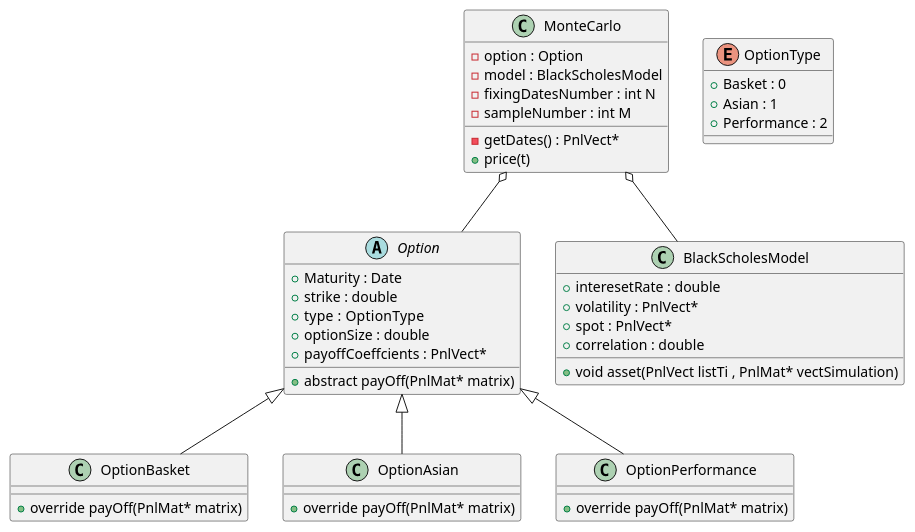
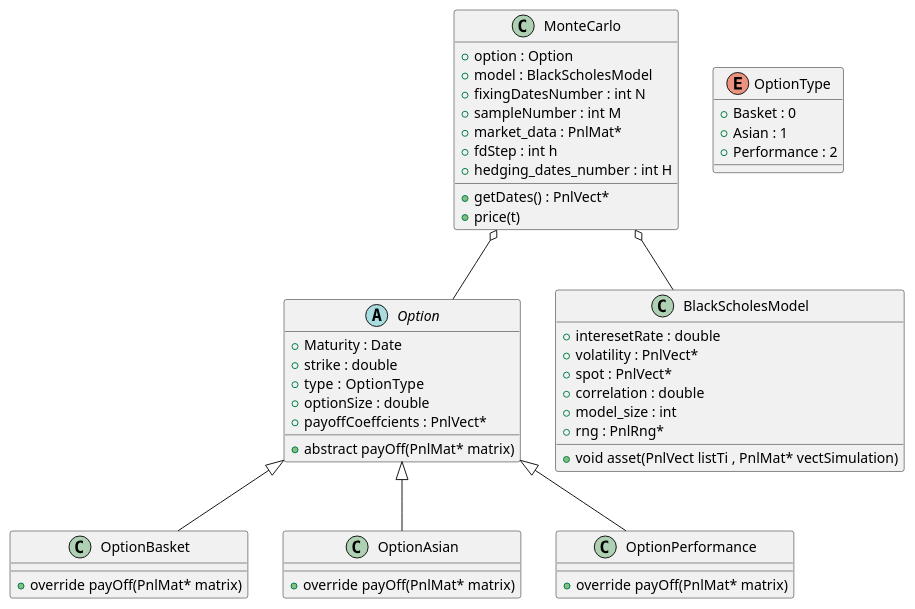
Before and after one commit to Oumaimamam/Valuation-and-Derivatives-Hedging: the diagram in ressources/conception/conception.puml, drawn with PlantUML. The commit also changed 2 other files, not shown here.

```diff
--- a/ressources/conception/conception.puml
+++ b/ressources/conception/conception.puml
@@ -1,63 +1,68 @@
 @startuml conception
 
 
 class MonteCarlo {
-    - option : Option 
-    - model : BlackScholesModel
-    - fixingDatesNumber : int N
-    - sampleNumber : int M
-    - getDates() : PnlVect* 
+    + option : Option 
+    + model : BlackScholesModel
+    + fixingDatesNumber : int N
+    + sampleNumber : int M
+    + getDates() : PnlVect* 
+    + market_data : PnlMat* 
+    + fdStep : int h 
+    + hedging_dates_number : int H 
     + price(t)
     
     
 }
 
 
 abstract class Option {
     + Maturity : Date 
     + strike : double 
     + type :  OptionType
     + optionSize : double
     + payoffCoeffcients : PnlVect*   
     + abstract payOff(PnlMat* matrix) 
 }
 
 Enum OptionType {
     + Basket : 0 
     + Asian : 1 
     + Performance : 2
 }
 
 class OptionBasket {
     + override payOff(PnlMat* matrix)
 }
 
 class OptionAsian {
     + override payOff(PnlMat* matrix)
 }
 
 class OptionPerformance {
     + override payOff(PnlMat* matrix)
 }
 
 Option <|-- OptionBasket 
 Option <|-- OptionAsian 
 Option <|-- OptionPerformance 
 
 
 
 class BlackScholesModel {
     + interesetRate : double 
     + volatility : PnlVect* 
     + spot : PnlVect*
     + correlation : double 
+    + model_size : int 
+    + rng : PnlRng*
     + void asset(PnlVect listTi , PnlMat* vectSimulation)
 }
 
 
 MonteCarlo o-- Option 
 MonteCarlo o-- BlackScholesModel
 
 'Option -- OptionType
 
 @enduml 
```
